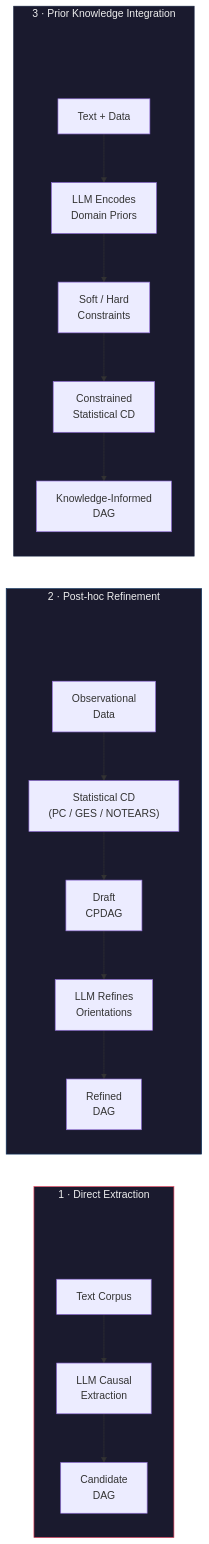
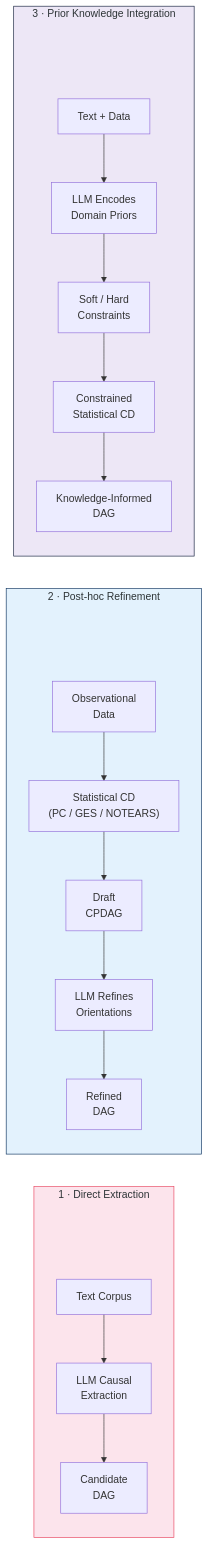
Before and after one commit to dimitarpg13/agentic_architectures_and_design_patterns: the first of 12 diagrams in notebooks/causal_inference/building_causal_DAG.md, drawn with Mermaid.

Commit message:
update colors

````diff
--- a/notebooks/causal_inference/building_causal_DAG.md
+++ b/notebooks/causal_inference/building_causal_DAG.md
@@ -19,34 +19,34 @@
 ```mermaid
 graph LR
     subgraph Paradigm1["1 · Direct Extraction"]
         direction TB
         P1_pad[ ] ~~~ T1
         T1["Text Corpus"] --> LLM1["LLM Causal<br/>Extraction"]
         LLM1 --> G1["Candidate<br/>DAG"]
     end
 
     subgraph Paradigm2["2 · Post-hoc Refinement"]
         direction TB
         P2_pad[ ] ~~~ D2
         D2["Observational<br/>Data"] --> STAT["Statistical CD<br/>(PC / GES / NOTEARS)"]
         STAT --> DRAFT["Draft<br/>CPDAG"]
         DRAFT --> LLM2["LLM Refines<br/>Orientations"]
         LLM2 --> G2["Refined<br/>DAG"]
     end
 
     subgraph Paradigm3["3 · Prior Knowledge Integration"]
         direction TB
         P3_pad[ ] ~~~ T3
         T3["Text + Data"] --> LLM3["LLM Encodes<br/>Domain Priors"]
         LLM3 --> PRIOR["Soft / Hard<br/>Constraints"]
         PRIOR --> STAT3["Constrained<br/>Statistical CD"]
         STAT3 --> G3["Knowledge-Informed<br/>DAG"]
     end
 
     style P1_pad fill:none,stroke:none,color:none
     style P2_pad fill:none,stroke:none,color:none
     style P3_pad fill:none,stroke:none,color:none
-    style Paradigm1 fill:#1a1a2e,stroke:#e94560,color:#eee
-    style Paradigm2 fill:#1a1a2e,stroke:#0f3460,color:#eee
-    style Paradigm3 fill:#1a1a2e,stroke:#16213e,color:#eee
+    style Paradigm1 fill:#fce4ec,stroke:#e94560,color:#2d3436
+    style Paradigm2 fill:#e3f2fd,stroke:#0f3460,color:#2d3436
+    style Paradigm3 fill:#ede7f6,stroke:#16213e,color:#2d3436
 ```
````
